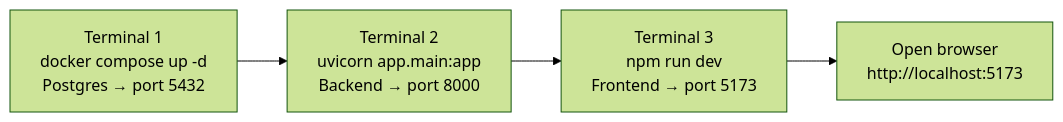
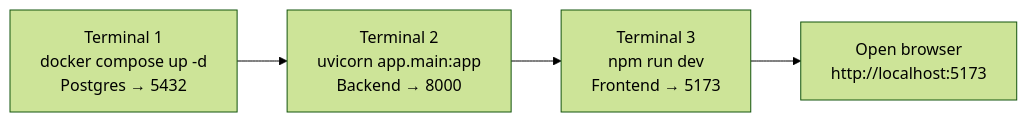
One commit to chala2001/compliance-evidence-portal changed diagram 12 of 14 in README.md. Above: the diagram before and after it, drawn with Mermaid (forest theme). The commit also changed other lines of this file and 6 other files, not shown here.

````diff
--- a/README.md
+++ b/README.md
@@ -616,6 +894,6 @@
 ```mermaid
 graph LR
-    A[Terminal 1<br/>docker compose up -d<br/>Postgres → port 5432] --> B[Terminal 2<br/>uvicorn app.main:app<br/>Backend → port 8000]
-    B --> C[Terminal 3<br/>npm run dev<br/>Frontend → port 5173]
+    A[Terminal 1<br/>docker compose up -d<br/>Postgres → 5432] --> B[Terminal 2<br/>uvicorn app.main:app<br/>Backend → 8000]
+    B --> C[Terminal 3<br/>npm run dev<br/>Frontend → 5173]
     C --> D[Open browser<br/>http://localhost:5173]
 ```
````
